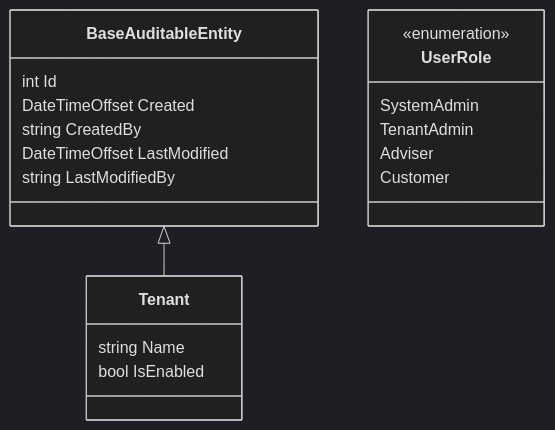
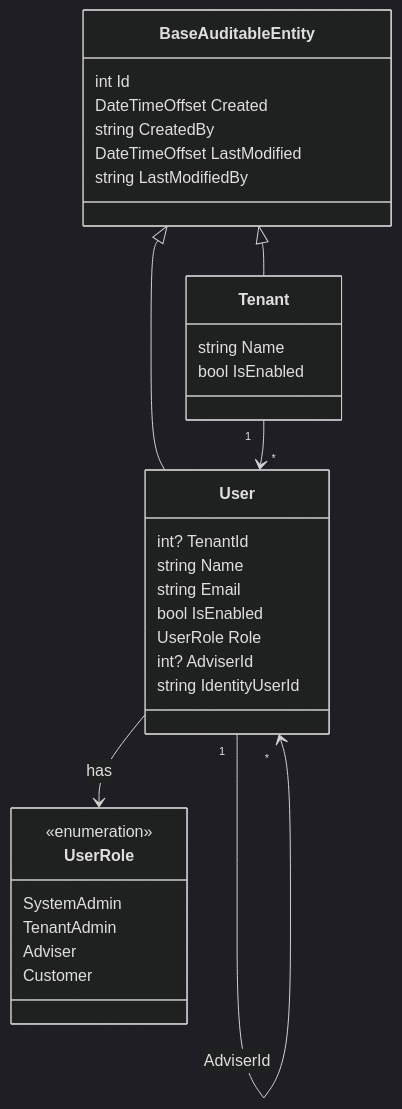
One commit to louis297/MyWealth changed the first of 2 diagrams in docs/domain-model.md. Above: the diagram before and after it, drawn with Mermaid (dark theme). The commit also changed other lines of this file and 7 other files, not shown here.

````diff
--- a/docs/domain-model.md
+++ b/docs/domain-model.md
@@ -65,22 +65,35 @@
 ```mermaid
 classDiagram
   class BaseAuditableEntity {
     int Id
     DateTimeOffset Created
     string CreatedBy
     DateTimeOffset LastModified
     string LastModifiedBy
   }
   class Tenant {
     string Name
     bool IsEnabled
   }
+  class User {
+    int? TenantId
+    string Name
+    string Email
+    bool IsEnabled
+    UserRole Role
+    int? AdviserId
+    string IdentityUserId
+  }
   class UserRole {
     <<enumeration>>
     SystemAdmin
     TenantAdmin
     Adviser
     Customer
   }
   BaseAuditableEntity <|-- Tenant
+  BaseAuditableEntity <|-- User
+  User --> UserRole : has
+  Tenant "1" --> "*" User
+  User "1" --> "*" User : AdviserId
 ```
````
